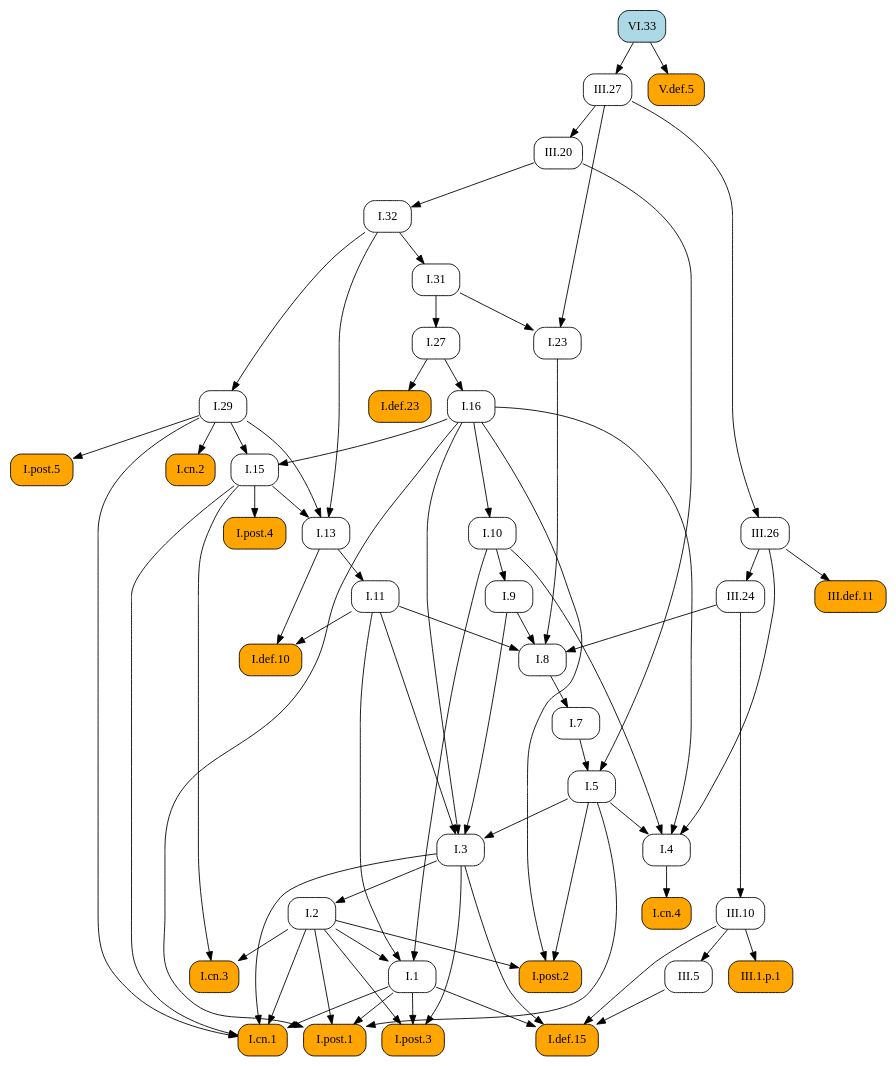
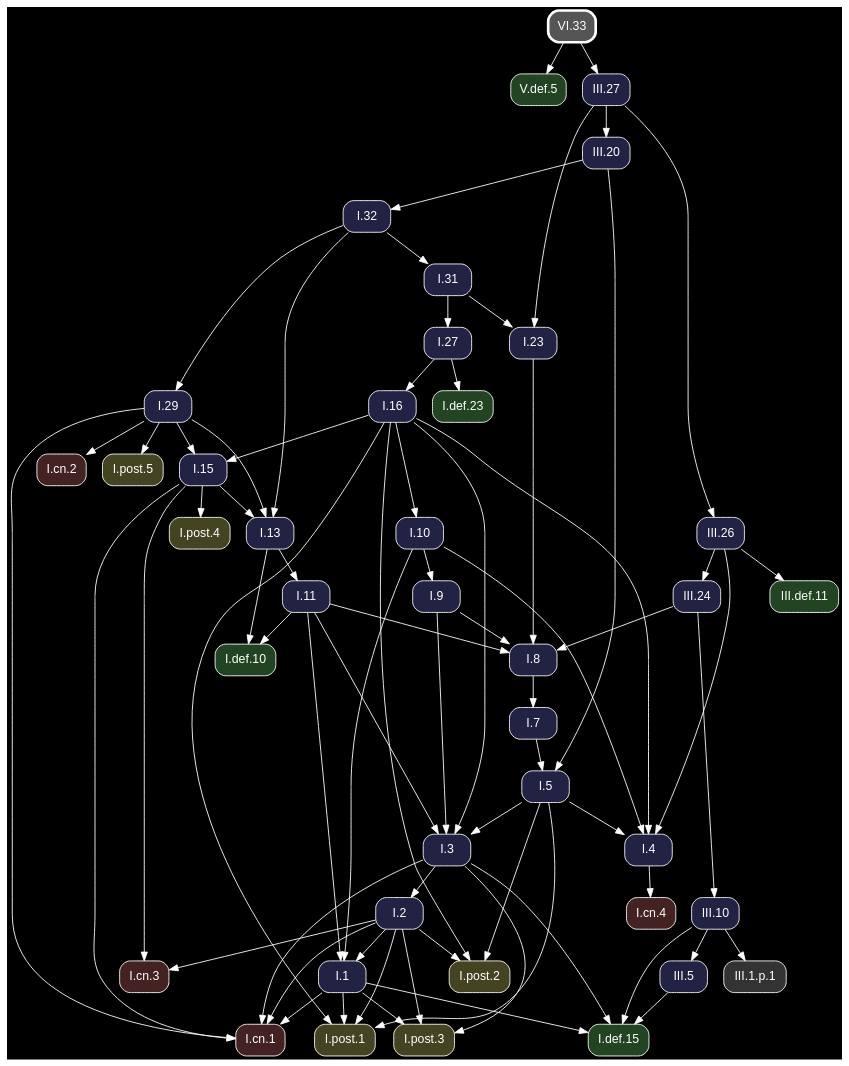
The diagram in docsrc/heath/VI/33/index.rst (geometor/elements), drawn with Graphviz before and after one commit. The commit also changed other lines of this file and 1200 other files, not shown here.

Commit message:
update dependency graphs

```diff
--- a/docsrc/heath/VI/33/index.rst
+++ b/docsrc/heath/VI/33/index.rst
@@ -45,117 +45,119 @@
 .. graphviz::
 
    digraph {
+     bgcolor="black";
+     node [shape=box, style="rounded,filled", fontname="Helvetica", color="white", fontcolor="white"];
+     edge [color="white", fontcolor="white"];
      rankdir="TB";
-     node [shape=box, style=rounded];
-     "I.23" [URL="/heath/I/23/", target="_top"];
-     "I.9" [URL="/heath/I/9/", target="_top"];
-     "I.32" [URL="/heath/I/32/", target="_top"];
-     "III.24" [URL="/heath/III/24/", target="_top"];
-     "I.def.15" [style="rounded,filled", fillcolor=orange, URL="/heath/I/def.15/", target="_top"];
-     "III.def.11" [style="rounded,filled", fillcolor=orange, URL="/heath/III/def.11/", target="_top"];
-     "I.post.1" [style="rounded,filled", fillcolor=orange, URL="/heath/I/post.1/", target="_top"];
-     "I.post.3" [style="rounded,filled", fillcolor=orange, URL="/heath/I/post.3/", target="_top"];
-     "III.20" [URL="/heath/III/20/", target="_top"];
-     "V.def.5" [style="rounded,filled", fillcolor=orange, URL="/heath/V/def.5/", target="_top"];
-     "III.10" [URL="/heath/III/10/", target="_top"];
-     "I.31" [URL="/heath/I/31/", target="_top"];
-     "I.def.10" [style="rounded,filled", fillcolor=orange, URL="/heath/I/def.10/", target="_top"];
-     "I.27" [URL="/heath/I/27/", target="_top"];
-     "I.3" [URL="/heath/I/3/", target="_top"];
-     "III.5" [URL="/heath/III/5/", target="_top"];
-     "I.cn.1" [style="rounded,filled", fillcolor=orange, URL="/heath/I/cn.1/", target="_top"];
-     "I.7" [URL="/heath/I/7/", target="_top"];
-     "I.2" [URL="/heath/I/2/", target="_top"];
-     "III.27" [URL="/heath/III/27/", target="_top"];
-     "III.26" [URL="/heath/III/26/", target="_top"];
-     "I.13" [URL="/heath/I/13/", target="_top"];
-     "I.post.4" [style="rounded,filled", fillcolor=orange, URL="/heath/I/post.4/", target="_top"];
-     "I.4" [URL="/heath/I/4/", target="_top"];
-     "I.1" [URL="/heath/I/1/", target="_top"];
-     "I.5" [URL="/heath/I/5/", target="_top"];
-     "I.8" [URL="/heath/I/8/", target="_top"];
-     "I.29" [URL="/heath/I/29/", target="_top"];
-     "I.cn.3" [style="rounded,filled", fillcolor=orange, URL="/heath/I/cn.3/", target="_top"];
-     "I.16" [URL="/heath/I/16/", target="_top"];
-     "VI.33" [style="rounded,filled", fillcolor=lightblue, URL="/heath/VI/33/", target="_top"];
-     "I.15" [URL="/heath/I/15/", target="_top"];
-     "I.10" [URL="/heath/I/10/", target="_top"];
-     "I.11" [URL="/heath/I/11/", target="_top"];
-     "III.1.p.1" [style="rounded,filled", fillcolor=orange];
-     "I.def.23" [style="rounded,filled", fillcolor=orange, URL="/heath/I/def.23/", target="_top"];
-     "I.cn.2" [style="rounded,filled", fillcolor=orange, URL="/heath/I/cn.2/", target="_top"];
-     "I.post.5" [style="rounded,filled", fillcolor=orange, URL="/heath/I/post.5/", target="_top"];
-     "I.cn.4" [style="rounded,filled", fillcolor=orange, URL="/heath/I/cn.4/", target="_top"];
-     "I.post.2" [style="rounded,filled", fillcolor=orange, URL="/heath/I/post.2/", target="_top"];
+     "V.def.5" [fillcolor="#224422", URL="/heath/V/def.5/", target="_top"];
+     "I.31" [fillcolor="#222244", URL="/heath/I/31/", target="_top"];
+     "I.32" [fillcolor="#222244", URL="/heath/I/32/", target="_top"];
+     "I.3" [fillcolor="#222244", URL="/heath/I/3/", target="_top"];
+     "I.cn.1" [fillcolor="#442222", URL="/heath/I/cn.1/", target="_top"];
+     "I.def.10" [fillcolor="#224422", URL="/heath/I/def.10/", target="_top"];
+     "I.15" [fillcolor="#222244", URL="/heath/I/15/", target="_top"];
+     "I.13" [fillcolor="#222244", URL="/heath/I/13/", target="_top"];
+     "I.27" [fillcolor="#222244", URL="/heath/I/27/", target="_top"];
+     "I.2" [fillcolor="#222244", URL="/heath/I/2/", target="_top"];
+     "I.cn.2" [fillcolor="#442222", URL="/heath/I/cn.2/", target="_top"];
+     "I.9" [fillcolor="#222244", URL="/heath/I/9/", target="_top"];
+     "I.1" [fillcolor="#222244", URL="/heath/I/1/", target="_top"];
+     "I.post.5" [fillcolor="#444422", URL="/heath/I/post.5/", target="_top"];
+     "I.post.4" [fillcolor="#444422", URL="/heath/I/post.4/", target="_top"];
+     "I.23" [fillcolor="#222244", URL="/heath/I/23/", target="_top"];
+     "I.8" [fillcolor="#222244", URL="/heath/I/8/", target="_top"];
+     "I.4" [fillcolor="#222244", URL="/heath/I/4/", target="_top"];
+     "III.24" [fillcolor="#222244", URL="/heath/III/24/", target="_top"];
+     "III.27" [fillcolor="#222244", URL="/heath/III/27/", target="_top"];
+     "III.1.p.1" [fillcolor="#333333"];
+     "I.7" [fillcolor="#222244", URL="/heath/I/7/", target="_top"];
+     "I.5" [fillcolor="#222244", URL="/heath/I/5/", target="_top"];
+     "III.26" [fillcolor="#222244", URL="/heath/III/26/", target="_top"];
+     "I.10" [fillcolor="#222244", URL="/heath/I/10/", target="_top"];
+     "III.10" [fillcolor="#222244", URL="/heath/III/10/", target="_top"];
+     "I.post.1" [fillcolor="#444422", URL="/heath/I/post.1/", target="_top"];
+     "VI.33" [penwidth=3, color="white", fillcolor="#555555", URL="/heath/VI/33/", target="_top"];
+     "I.11" [fillcolor="#222244", URL="/heath/I/11/", target="_top"];
+     "I.16" [fillcolor="#222244", URL="/heath/I/16/", target="_top"];
+     "I.cn.3" [fillcolor="#442222", URL="/heath/I/cn.3/", target="_top"];
+     "I.post.2" [fillcolor="#444422", URL="/heath/I/post.2/", target="_top"];
+     "I.29" [fillcolor="#222244", URL="/heath/I/29/", target="_top"];
+     "I.cn.4" [fillcolor="#442222", URL="/heath/I/cn.4/", target="_top"];
+     "I.def.23" [fillcolor="#224422", URL="/heath/I/def.23/", target="_top"];
+     "I.post.3" [fillcolor="#444422", URL="/heath/I/post.3/", target="_top"];
+     "III.20" [fillcolor="#222244", URL="/heath/III/20/", target="_top"];
+     "III.5" [fillcolor="#222244", URL="/heath/III/5/", target="_top"];
+     "I.def.15" [fillcolor="#224422", URL="/heath/I/def.15/", target="_top"];
+     "III.def.11" [fillcolor="#224422", URL="/heath/III/def.11/", target="_top"];
+     "VI.33" -> "V.def.5";
+     "I.32" -> "I.31";
+     "III.20" -> "I.32";
+     "I.5" -> "I.3";
+     "I.9" -> "I.3";
+     "I.11" -> "I.3";
+     "I.16" -> "I.3";
+     "I.1" -> "I.cn.1";
+     "I.2" -> "I.cn.1";
+     "I.3" -> "I.cn.1";
+     "I.15" -> "I.cn.1";
+     "I.29" -> "I.cn.1";
+     "I.11" -> "I.def.10";
+     "I.13" -> "I.def.10";
+     "I.16" -> "I.15";
+     "I.29" -> "I.15";
+     "I.15" -> "I.13";
+     "I.29" -> "I.13";
+     "I.32" -> "I.13";
+     "I.31" -> "I.27";
+     "I.3" -> "I.2";
+     "I.29" -> "I.cn.2";
+     "I.10" -> "I.9";
+     "I.2" -> "I.1";
+     "I.10" -> "I.1";
+     "I.11" -> "I.1";
+     "I.29" -> "I.post.5";
+     "I.15" -> "I.post.4";
      "I.31" -> "I.23";
      "III.27" -> "I.23";
-     "I.10" -> "I.9";
-     "III.20" -> "I.32";
+     "I.9" -> "I.8";
+     "I.11" -> "I.8";
+     "I.23" -> "I.8";
+     "III.24" -> "I.8";
+     "I.5" -> "I.4";
+     "I.10" -> "I.4";
+     "I.16" -> "I.4";
+     "III.26" -> "I.4";
      "III.26" -> "III.24";
+     "VI.33" -> "III.27";
+     "III.10" -> "III.1.p.1";
+     "I.8" -> "I.7";
+     "I.7" -> "I.5";
+     "III.20" -> "I.5";
+     "III.27" -> "III.26";
+     "I.16" -> "I.10";
+     "III.24" -> "III.10";
+     "I.1" -> "I.post.1";
+     "I.2" -> "I.post.1";
+     "I.5" -> "I.post.1";
+     "I.16" -> "I.post.1";
+     "I.13" -> "I.11";
+     "I.27" -> "I.16";
+     "I.2" -> "I.cn.3";
+     "I.15" -> "I.cn.3";
+     "I.2" -> "I.post.2";
+     "I.5" -> "I.post.2";
+     "I.16" -> "I.post.2";
+     "I.32" -> "I.29";
+     "I.4" -> "I.cn.4";
+     "I.27" -> "I.def.23";
+     "I.1" -> "I.post.3";
+     "I.2" -> "I.post.3";
+     "I.3" -> "I.post.3";
+     "III.27" -> "III.20";
+     "III.10" -> "III.5";
      "I.1" -> "I.def.15";
      "I.3" -> "I.def.15";
      "III.5" -> "I.def.15";
      "III.10" -> "I.def.15";
      "III.26" -> "III.def.11";
-     "I.1" -> "I.post.1";
-     "I.2" -> "I.post.1";
-     "I.5" -> "I.post.1";
-     "I.16" -> "I.post.1";
-     "I.1" -> "I.post.3";
-     "I.2" -> "I.post.3";
-     "I.3" -> "I.post.3";
-     "III.27" -> "III.20";
-     "VI.33" -> "V.def.5";
-     "III.24" -> "III.10";
-     "I.32" -> "I.31";
-     "I.11" -> "I.def.10";
-     "I.13" -> "I.def.10";
-     "I.31" -> "I.27";
-     "I.5" -> "I.3";
-     "I.9" -> "I.3";
-     "I.11" -> "I.3";
-     "I.16" -> "I.3";
-     "III.10" -> "III.5";
-     "I.1" -> "I.cn.1";
-     "I.2" -> "I.cn.1";
-     "I.3" -> "I.cn.1";
-     "I.15" -> "I.cn.1";
-     "I.29" -> "I.cn.1";
-     "I.8" -> "I.7";
-     "I.3" -> "I.2";
-     "VI.33" -> "III.27";
-     "III.27" -> "III.26";
-     "I.15" -> "I.13";
-     "I.29" -> "I.13";
-     "I.32" -> "I.13";
-     "I.15" -> "I.post.4";
-     "I.5" -> "I.4";
-     "I.10" -> "I.4";
-     "I.16" -> "I.4";
-     "III.26" -> "I.4";
-     "I.2" -> "I.1";
-     "I.10" -> "I.1";
-     "I.11" -> "I.1";
-     "I.7" -> "I.5";
-     "III.20" -> "I.5";
-     "I.9" -> "I.8";
-     "I.11" -> "I.8";
-     "I.23" -> "I.8";
-     "III.24" -> "I.8";
-     "I.32" -> "I.29";
-     "I.2" -> "I.cn.3";
-     "I.15" -> "I.cn.3";
-     "I.27" -> "I.16";
-     "I.16" -> "I.15";
-     "I.29" -> "I.15";
-     "I.16" -> "I.10";
-     "I.13" -> "I.11";
-     "III.10" -> "III.1.p.1";
-     "I.27" -> "I.def.23";
-     "I.29" -> "I.cn.2";
-     "I.29" -> "I.post.5";
-     "I.4" -> "I.cn.4";
-     "I.2" -> "I.post.2";
-     "I.5" -> "I.post.2";
-     "I.16" -> "I.post.2";
    }
```
